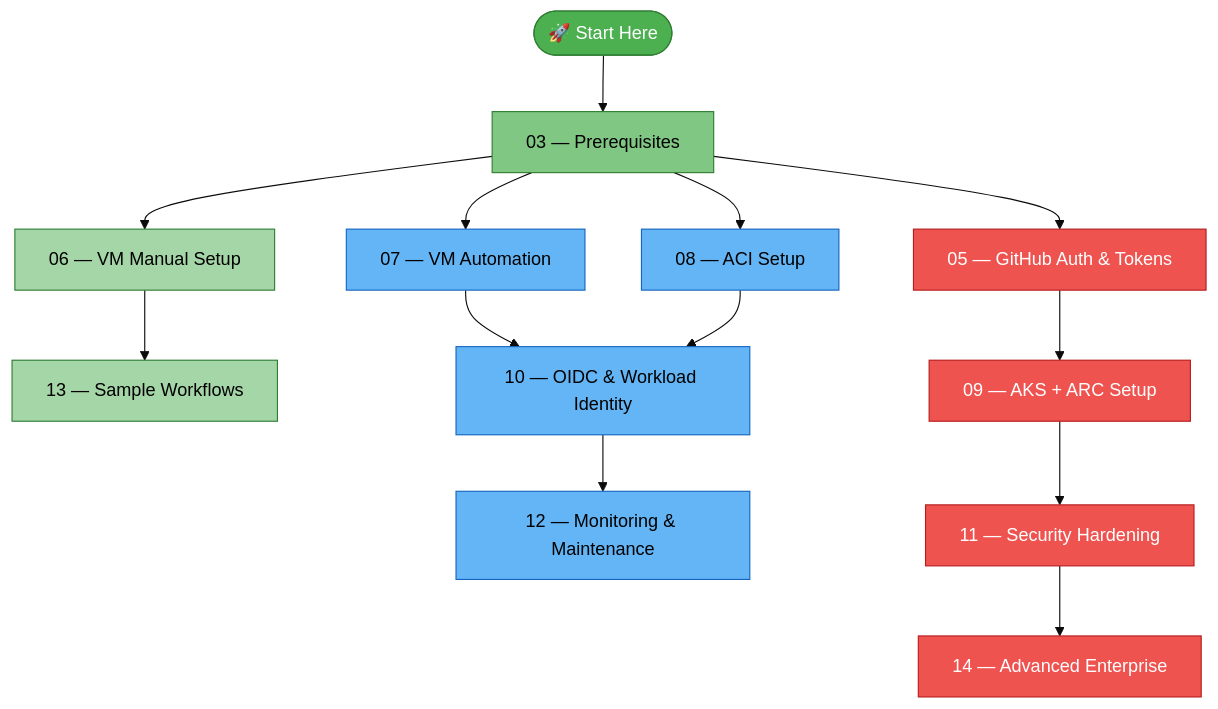
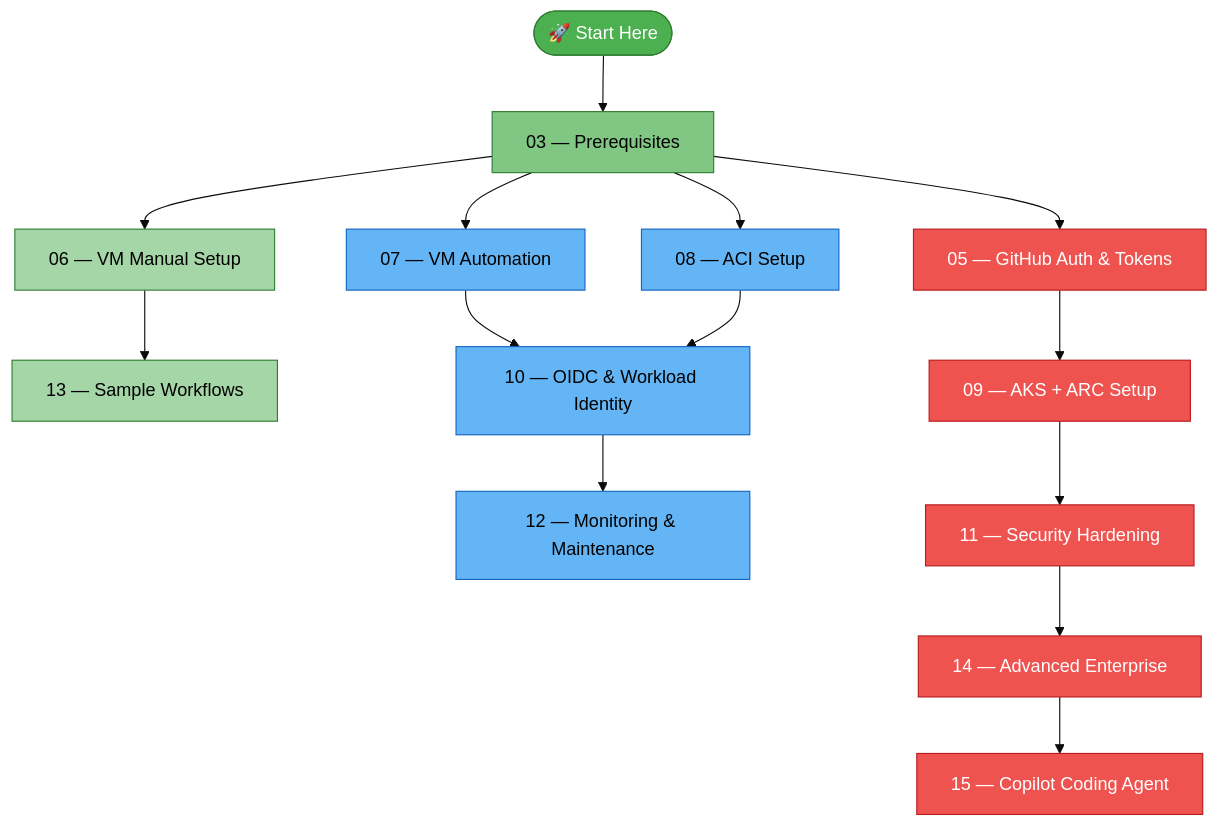
Before and after one commit to shinyay/getting-started-with-self-hosted-runners: the diagram in docs/README.md, drawn with Mermaid (base theme). The commit also changed other lines of this file and 4 other files, not shown here.

First line of the commit message:
docs: add chapter 15 — Copilot Coding Agent on self-hosted runners

````diff
--- a/docs/README.md
+++ b/docs/README.md
@@ -9,39 +9,41 @@
 ```mermaid
 graph TD
     START([🚀 Start Here]) --> PREREQ[03 — Prerequisites]
 
     %% Beginner Track
     PREREQ --> VM[06 — VM Manual Setup]
     VM --> WORKFLOWS[13 — Sample Workflows]
 
     %% Intermediate Track
     PREREQ --> VMAUT[07 — VM Automation]
     PREREQ --> ACI[08 — ACI Setup]
     VMAUT --> OIDC[10 — OIDC & Workload Identity]
     ACI --> OIDC
     OIDC --> MON[12 — Monitoring & Maintenance]
 
     %% Advanced Track
     PREREQ --> AUTH[05 — GitHub Auth & Tokens]
     AUTH --> AKS[09 — AKS + ARC Setup]
     AKS --> SEC[11 — Security Hardening]
     SEC --> ENT[14 — Advanced Enterprise]
+    ENT --> COPILOT[15 — Copilot Coding Agent]
 
     %% Styles — Beginner (green)
     style START fill:#4CAF50,stroke:#2E7D32,color:#fff
     style PREREQ fill:#81C784,stroke:#2E7D32,color:#000
     style VM fill:#A5D6A7,stroke:#2E7D32,color:#000
     style WORKFLOWS fill:#A5D6A7,stroke:#2E7D32,color:#000
 
     %% Styles — Intermediate (blue)
     style VMAUT fill:#64B5F6,stroke:#1565C0,color:#000
     style ACI fill:#64B5F6,stroke:#1565C0,color:#000
     style OIDC fill:#64B5F6,stroke:#1565C0,color:#000
     style MON fill:#64B5F6,stroke:#1565C0,color:#000
 
     %% Styles — Advanced (red)
     style AUTH fill:#EF5350,stroke:#B71C1C,color:#fff
     style AKS fill:#EF5350,stroke:#B71C1C,color:#fff
     style SEC fill:#EF5350,stroke:#B71C1C,color:#fff
     style ENT fill:#EF5350,stroke:#B71C1C,color:#fff
+    style COPILOT fill:#EF5350,stroke:#B71C1C,color:#fff
 ```
````
